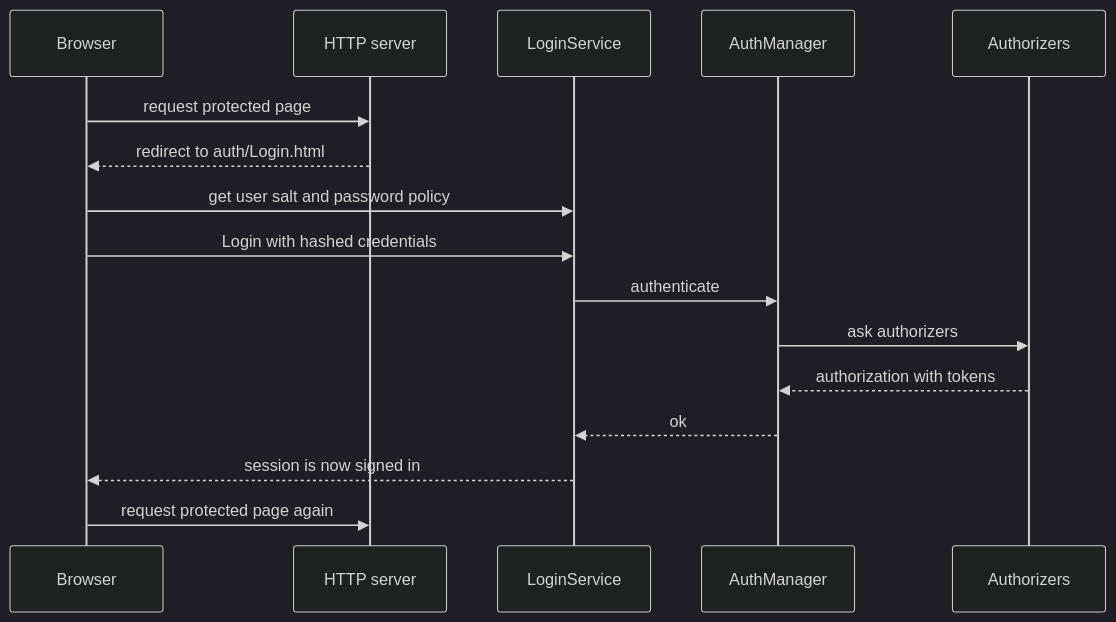
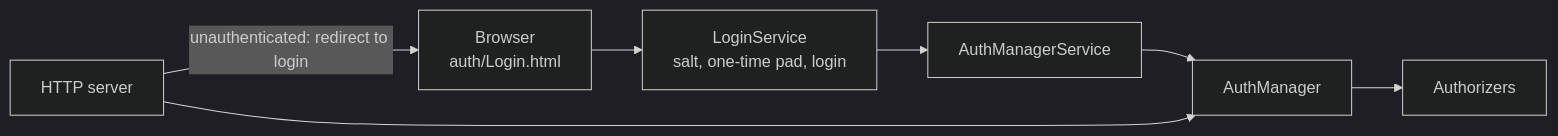
One commit to dosh1974/SysWeaver changed the diagram in SysWeaver.MicroService.Auth/README.md. Above: the diagram before and after it, drawn with Mermaid (dark theme). The commit also changed other lines of this file and 532 other files, not shown here.

````diff
--- a/SysWeaver.MicroService.Auth/README.md
+++ b/SysWeaver.MicroService.Auth/README.md
@@ -18,18 +18,9 @@
 ```mermaid
-sequenceDiagram
-  participant B as Browser
-  participant S as HTTP server
-  participant L as LoginService
-  participant AM as AuthManager
-  participant Z as Authorizers
-  B->>S: request protected page
-  S-->>B: redirect to auth/Login.html
-  B->>L: get user salt and password policy
-  B->>L: Login with hashed credentials
-  L->>AM: authenticate
-  AM->>Z: ask authorizers
-  Z-->>AM: authorization with tokens
-  AM-->>L: ok
-  L-->>B: session is now signed in
-  B->>S: request protected page again
+flowchart LR
+  B["Browser<br/>auth/Login.html"] --> L["LoginService<br/>salt, one-time pad, login"]
+  L --> AMS["AuthManagerService"]
+  AMS --> AM["AuthManager"]
+  AM --> Z["Authorizers"]
+  S["HTTP server"] -->|"unauthenticated: redirect to login"| B
+  S --> AM
 ```
````
